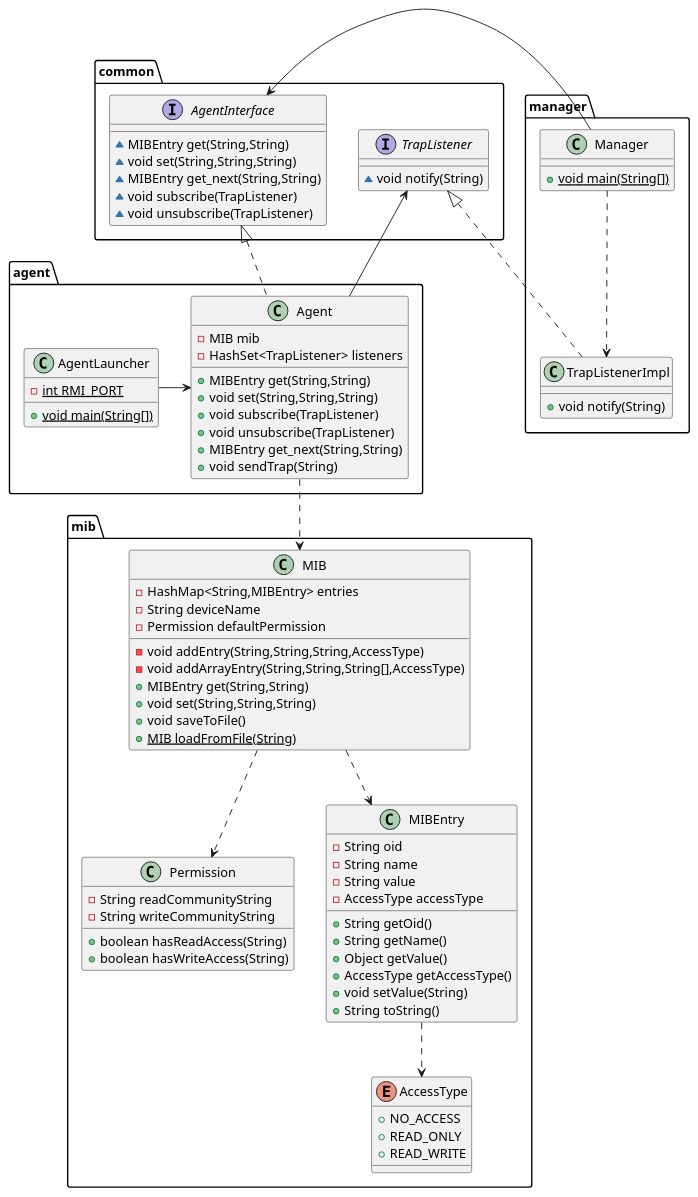
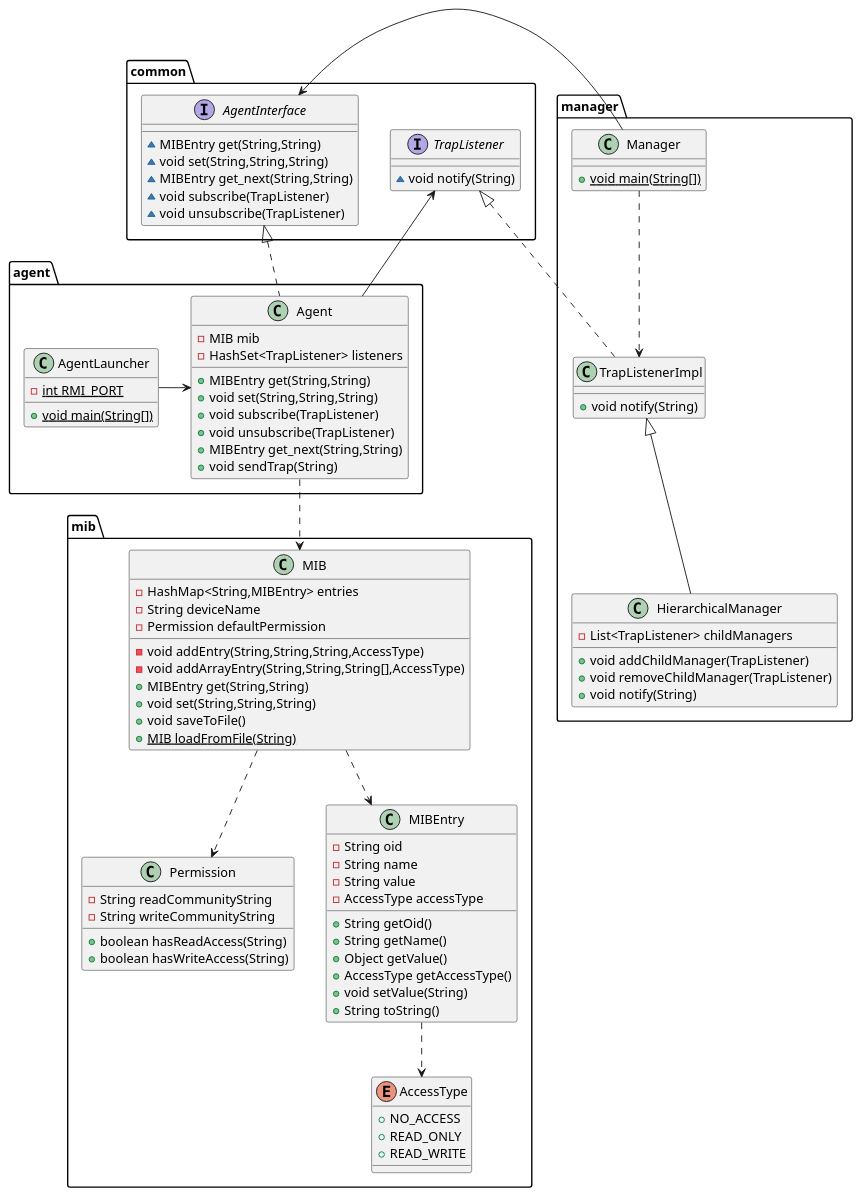
Before and after one commit to louga31/SNMP: the diagram in UML.puml, drawn with PlantUML. The commit also changed 1 other file, not shown here.

```diff
--- a/UML.puml
+++ b/UML.puml
@@ -1,77 +1,84 @@
 @startuml
 class manager.Manager {
 + {static} void main(String[])
 }
 class mib.Permission {
 - String readCommunityString
 - String writeCommunityString
 + boolean hasReadAccess(String)
 + boolean hasWriteAccess(String)
 }
 enum mib.AccessType {
 +  NO_ACCESS
 +  READ_ONLY
 +  READ_WRITE
 }
 interface common.AgentInterface {
 ~ MIBEntry get(String,String)
 ~ void set(String,String,String)
 ~ MIBEntry get_next(String,String)
 ~ void subscribe(TrapListener)
 ~ void unsubscribe(TrapListener)
 }
 class mib.MIBEntry {
 - String oid
 - String name
 - String value
 - AccessType accessType
 + String getOid()
 + String getName()
 + Object getValue()
 + AccessType getAccessType()
 + void setValue(String)
 + String toString()
 }
 class agent.Agent {
 - MIB mib
 - HashSet<TrapListener> listeners
 + MIBEntry get(String,String)
 + void set(String,String,String)
 + void subscribe(TrapListener)
 + void unsubscribe(TrapListener)
 + MIBEntry get_next(String,String)
 + void sendTrap(String)
 }
 class mib.MIB {
 - HashMap<String,MIBEntry> entries
 - String deviceName
 - Permission defaultPermission
 - void addEntry(String,String,String,AccessType)
 - void addArrayEntry(String,String,String[],AccessType)
 + MIBEntry get(String,String)
 + void set(String,String,String)
 + void saveToFile()
 + {static} MIB loadFromFile(String)
 }
 interface common.TrapListener {
 ~ void notify(String)
 }
 class agent.AgentLauncher {
 - {static} int RMI_PORT
 + {static} void main(String[])
 }
 class manager.TrapListenerImpl {
 + void notify(String)
 }
+class manager.HierarchicalManager {
+- List<TrapListener> childManagers
++ void addChildManager(TrapListener)
++ void removeChildManager(TrapListener)
++ void notify(String)
+}
 
 agent.Agent -> common.TrapListener
 manager.Manager -> common.AgentInterface
 agent.AgentLauncher -> agent.Agent
 common.AgentInterface <|.. agent.Agent
 agent.Agent ..> mib.MIB
 mib.MIB ..> mib.MIBEntry
 mib.MIBEntry ..> mib.AccessType
 mib.MIB ..> mib.Permission
 common.TrapListener <|.. manager.TrapListenerImpl
 manager.Manager ..> manager.TrapListenerImpl
+manager.TrapListenerImpl <|-- manager.HierarchicalManager
 @enduml
```
